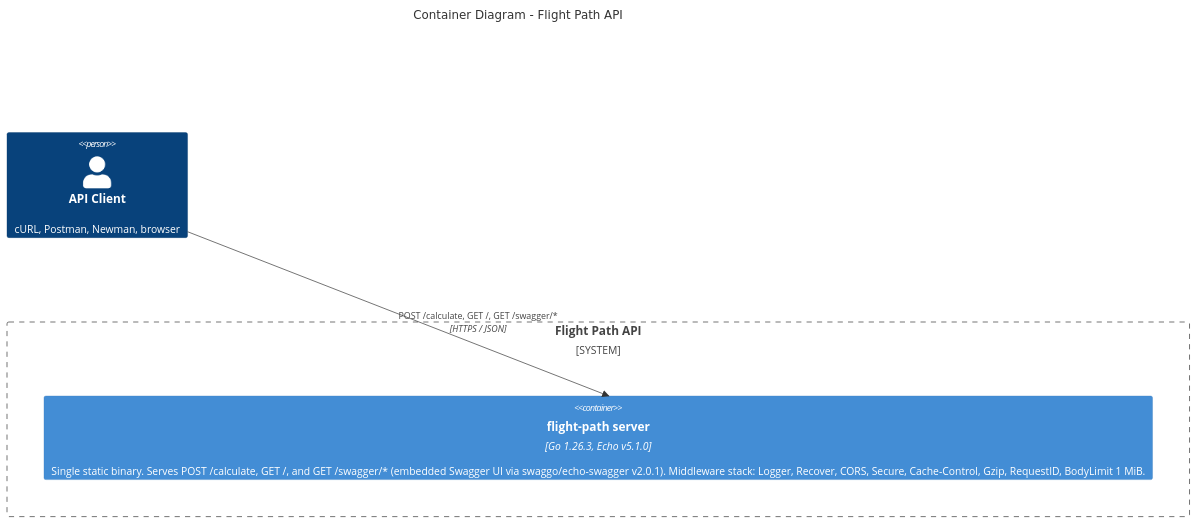
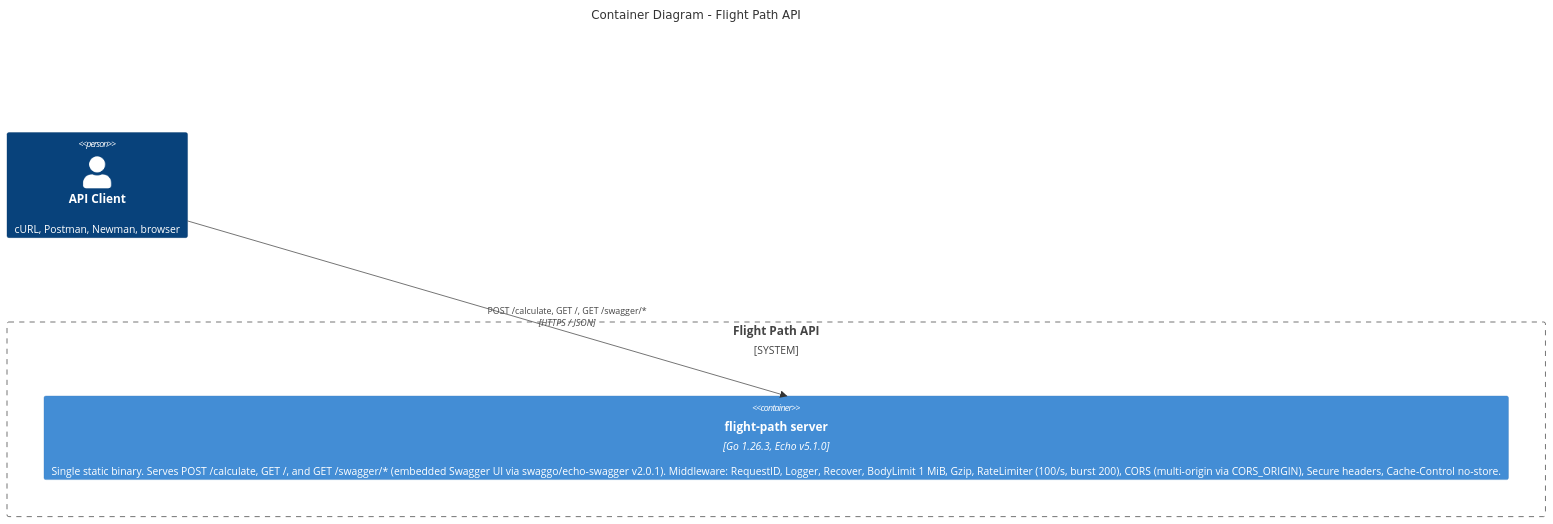
Before and after one commit to AndriyKalashnykov/flight-path: the first of 5 diagrams in docs/ARCHITECTURE.md, drawn with Mermaid. The commit also changed 3 other files, not shown here.

````diff
--- a/docs/ARCHITECTURE.md
+++ b/docs/ARCHITECTURE.md
@@ -13,14 +13,14 @@
 ```mermaid
 C4Container
     title Container Diagram - Flight Path API
 
     Person(client, "API Client", "cURL, Postman, Newman, browser")
 
     System_Boundary(api, "Flight Path API") {
-        Container(server, "flight-path server", "Go 1.26.3, Echo v5.1.0", "Single static binary. Serves POST /calculate, GET /, and GET /swagger/* (embedded Swagger UI via swaggo/echo-swagger v2.0.1). Middleware stack: Logger, Recover, CORS, Secure, Cache-Control, Gzip, RequestID, BodyLimit 1 MiB.")
+        Container(server, "flight-path server", "Go 1.26.3, Echo v5.1.0", "Single static binary. Serves POST /calculate, GET /, and GET /swagger/* (embedded Swagger UI via swaggo/echo-swagger v2.0.1). Middleware: RequestID, Logger, Recover, BodyLimit 1 MiB, Gzip, RateLimiter (100/s, burst 200), CORS (multi-origin via CORS_ORIGIN), Secure headers, Cache-Control no-store.")
     }
 
     Rel(client, server, "POST /calculate, GET /, GET /swagger/*", "HTTPS / JSON")
 
     UpdateLayoutConfig($showLegend="true")
 ```
````
